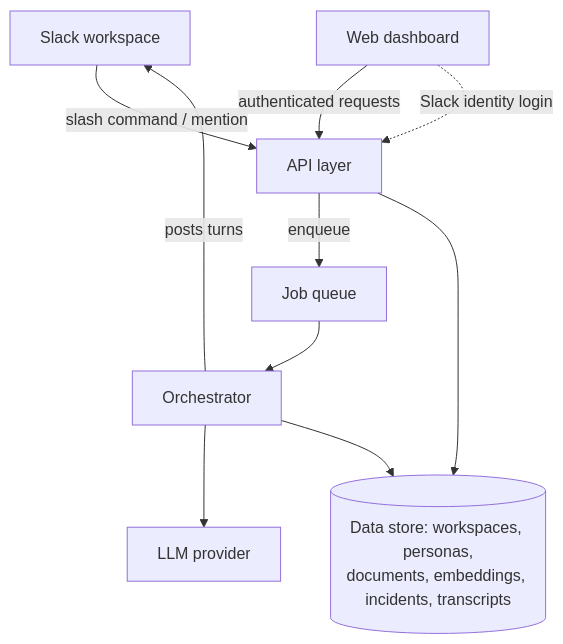
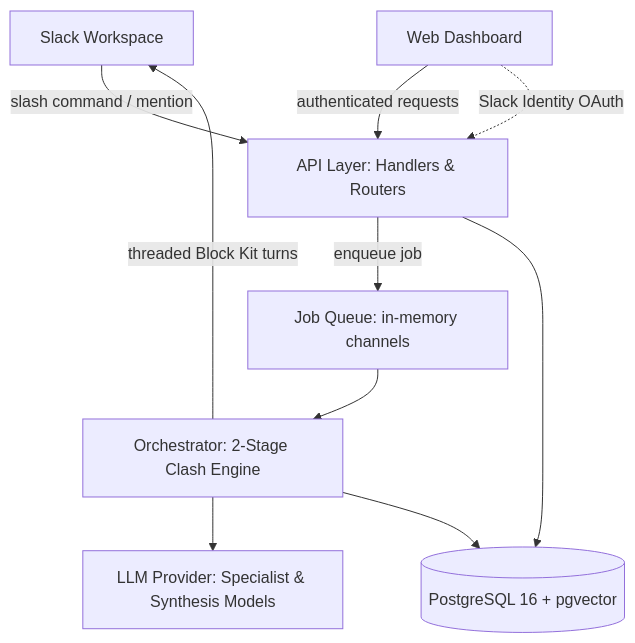
Before and after one commit to abhisheksinghvi09/criAIsis: the diagram in docs/BRD.md, drawn with Mermaid. The commit also changed other lines of this file and 3 other files, not shown here.

Commit message:
docs: align BRD, MVP plan, and database schema with diagnostic role and dev simulation

````diff
--- a/docs/BRD.md
+++ b/docs/BRD.md
@@ -119,12 +101,12 @@
 ```mermaid
 flowchart TD
-    A[Slack workspace] -->|slash command / mention| B[API layer]
-    F[Web dashboard] -->|authenticated requests| B
-    B -->|enqueue| C[Job queue]
-    C --> D[Orchestrator]
-    D --> E[LLM provider]
-    D --> G[(Data store: workspaces, personas,<br/>documents, embeddings, incidents, transcripts)]
-    D -->|posts turns| A
+    A[Slack Workspace] -->|slash command / mention| B[API Layer: Handlers & Routers]
+    F[Web Dashboard] -->|authenticated requests| B
+    B -->|enqueue job| C[Job Queue: in-memory channels]
+    C --> D[Orchestrator: 2-Stage Clash Engine]
+    D --> E[LLM Provider: Specialist & Synthesis Models]
+    D --> G[(PostgreSQL 16 + pgvector)]
+    D -->|threaded Block Kit turns| A
     B --> G
-    F -.->|Slack identity login| B
+    F -.->|Slack Identity OAuth| B
 ```
````
